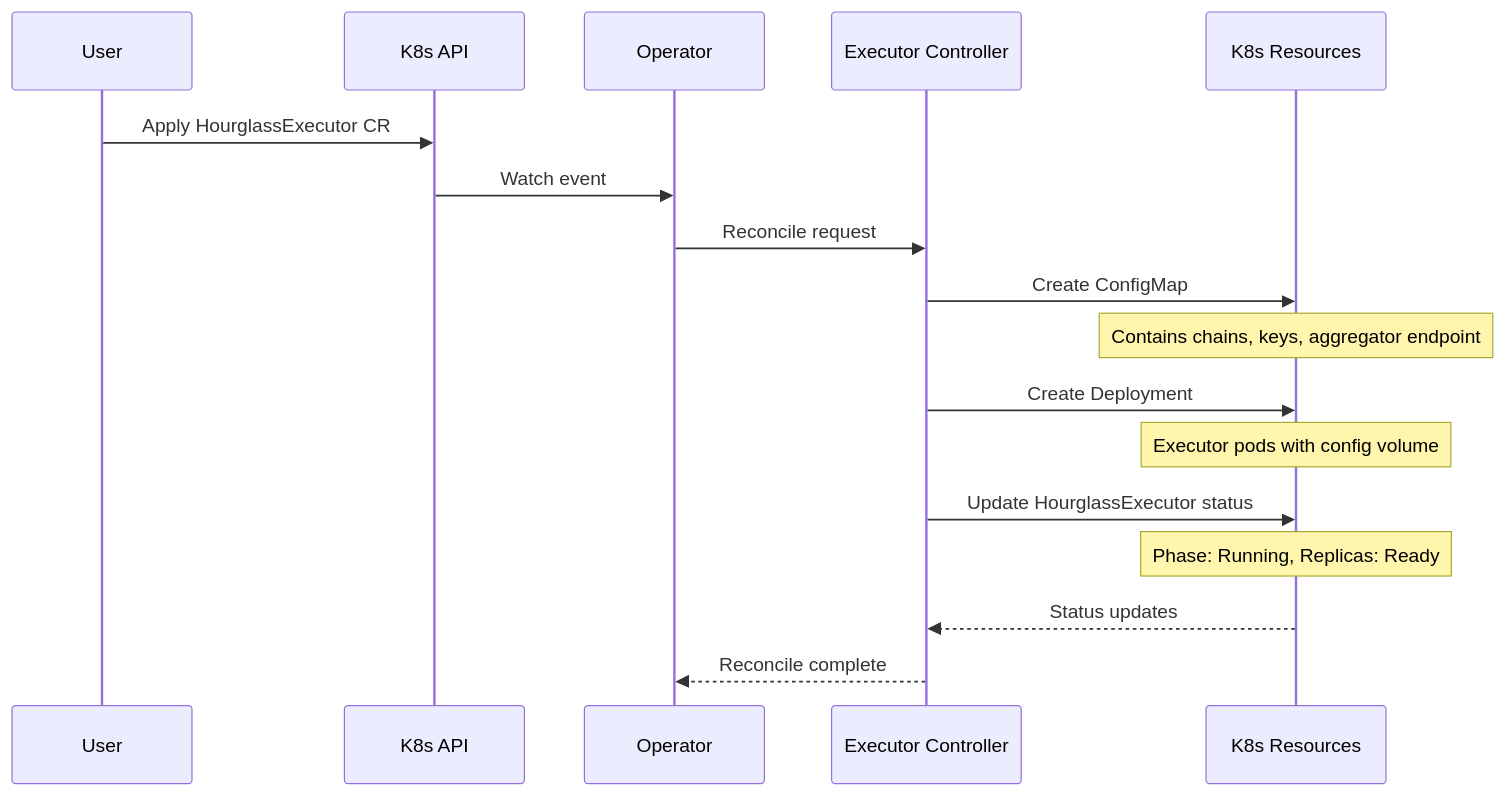
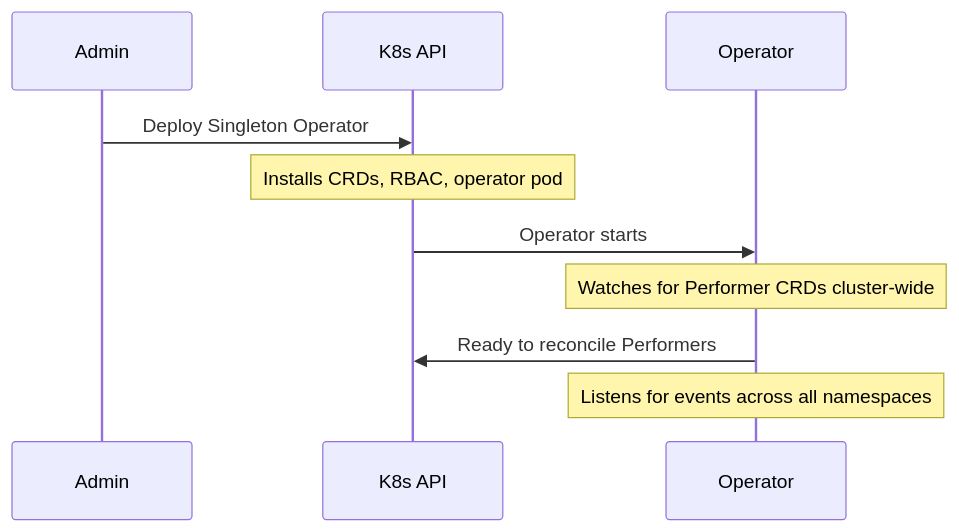
The second of 3 diagrams in hourglass-operator/docs/operator/README.md (Layr-Labs/hourglass-monorepo), drawn with Mermaid before and after one commit. The commit also changed other lines of this file and 4 other files, not shown here.

Commit message:
refactored and updated architecture

````diff
--- a/hourglass-operator/docs/operator/README.md
+++ b/hourglass-operator/docs/operator/README.md
@@ -74,24 +87,15 @@
 ```mermaid
 sequenceDiagram
-    participant User
+    participant Admin
     participant K8s API
     participant Operator
-    participant Executor Controller
-    participant Resources as K8s Resources
     
-    User->>K8s API: Apply HourglassExecutor CR
-    K8s API->>Operator: Watch event
-    Operator->>Executor Controller: Reconcile request
+    Admin->>K8s API: Deploy Singleton Operator
+    Note over K8s API: Installs CRDs, RBAC, operator pod
     
-    Executor Controller->>Resources: Create ConfigMap
-    Note over Resources: Contains chains, keys, aggregator endpoint
+    K8s API->>Operator: Operator starts
+    Note over Operator: Watches for Performer CRDs cluster-wide
     
-    Executor Controller->>Resources: Create Deployment
-    Note over Resources: Executor pods with config volume
-    
-    Executor Controller->>Resources: Update HourglassExecutor status
-    Note over Resources: Phase: Running, Replicas: Ready
-    
-    Resources-->>Executor Controller: Status updates
-    Executor Controller-->>Operator: Reconcile complete
+    Operator->>K8s API: Ready to reconcile Performers
+    Note over Operator: Listens for events across all namespaces
 ```
````
